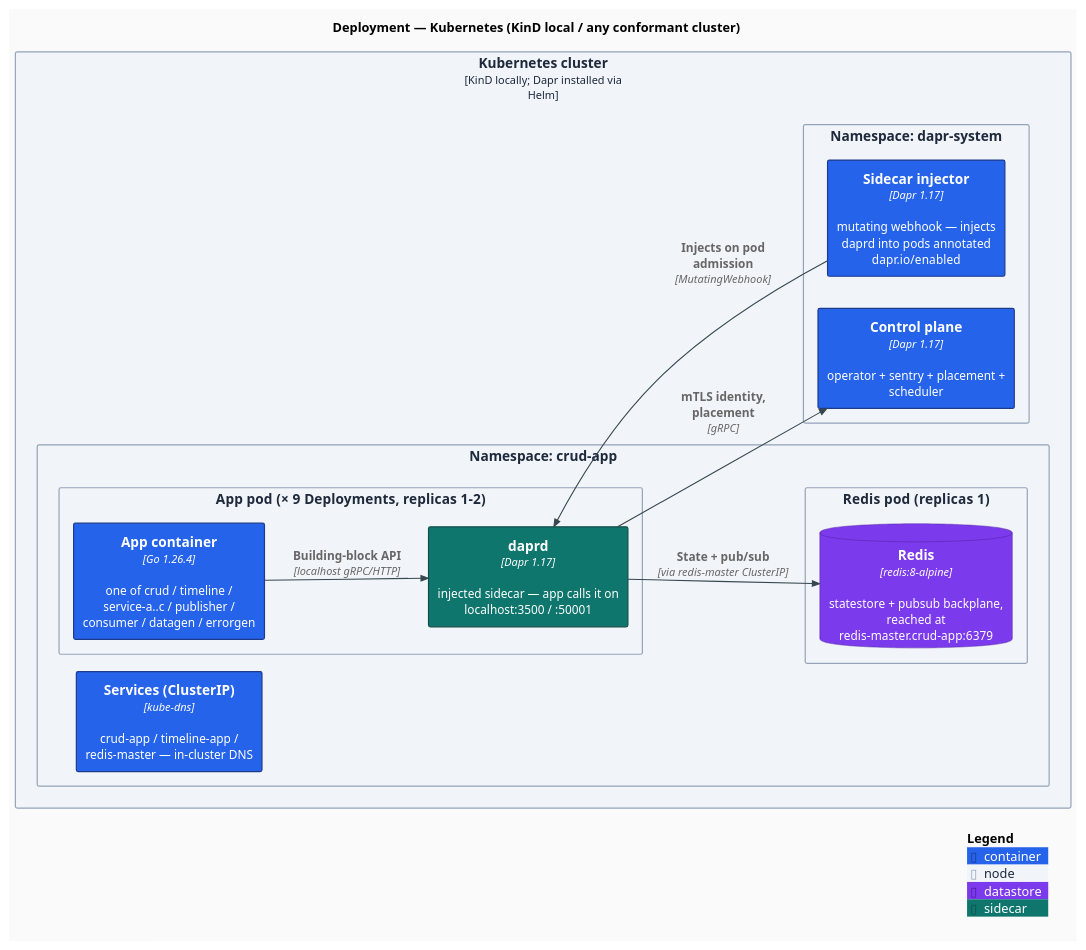
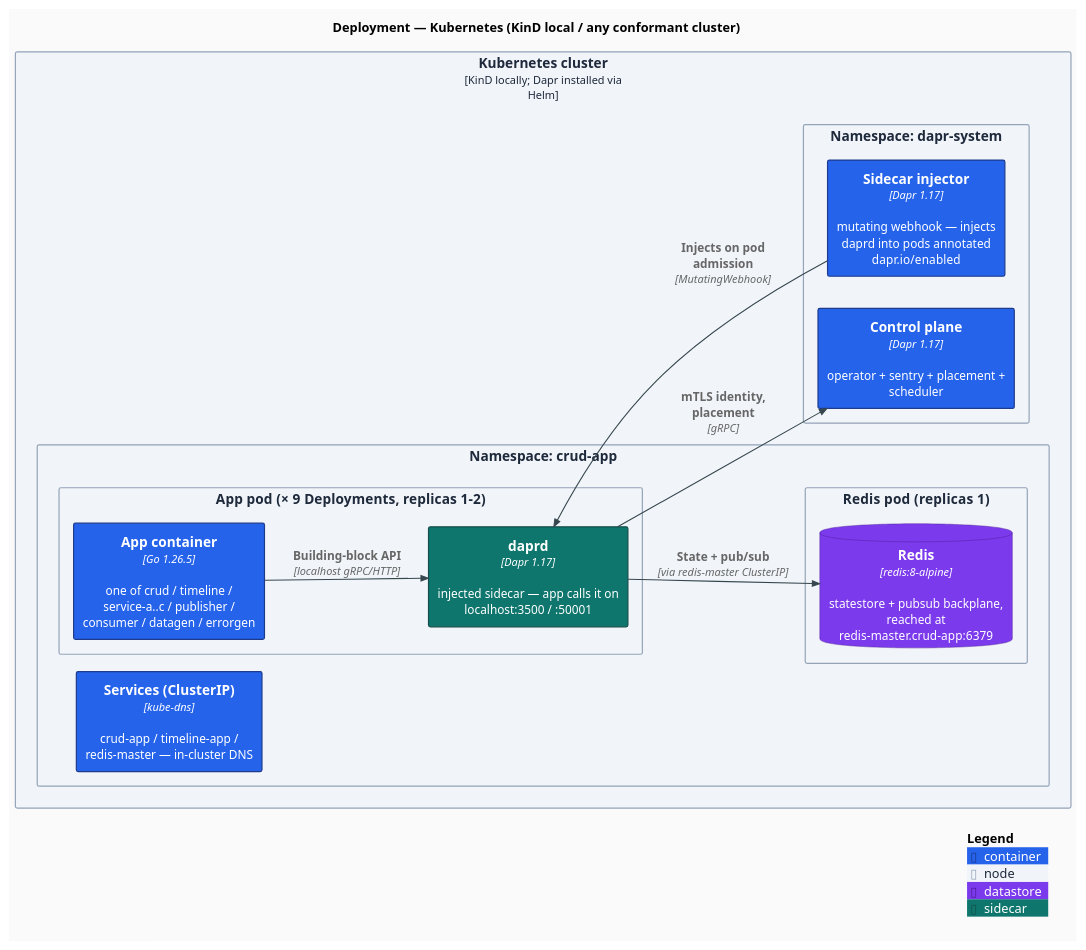
The diagram in docs/diagrams/c4-deployment.puml (AndriyKalashnykov/dapr-go-crud-app), drawn with PlantUML before and after one commit. The commit also changed 25 other files, not shown here.

```diff
--- a/docs/diagrams/c4-deployment.puml
+++ b/docs/diagrams/c4-deployment.puml
@@ -1,50 +1,50 @@
 @startuml c4-deployment
 ' Vendored C4-PlantUML (see docs/diagrams/C4-PlantUML/); -DRELATIVE_INCLUDE=. makes
 ' the stdlib's internal includes resolve locally (no network fetch at render time).
 !include C4-PlantUML/C4_Deployment.puml
 
 LAYOUT_LEFT_RIGHT()
 
 ' Modern flat styling: no shadows, sharp corners, clean sans-serif, modern palette.
 skinparam backgroundColor #FAFAFA
 skinparam shadowing false
 skinparam roundCorner 4
 skinparam defaultFontName "Inter, Helvetica, Arial, sans-serif"
 skinparam defaultFontSize 13
 skinparam ArrowColor #37474F
 skinparam ArrowThickness 1.2
 skinparam rectangleBorderThickness 1.3
 
 UpdateElementStyle("container", $fontColor="#FFFFFF", $bgColor="#2563EB", $borderColor="#1E3A8A")
 UpdateElementStyle("node",      $bgColor="#F1F5F9", $borderColor="#94A3B8", $fontColor="#1E293B")
 AddElementTag("datastore", $fontColor="#FFFFFF", $bgColor="#7C3AED", $borderColor="#4C1D95")
 AddElementTag("sidecar",   $fontColor="#FFFFFF", $bgColor="#0F766E", $borderColor="#134E4A")
 
 title Deployment — Kubernetes (KinD local / any conformant cluster)
 
 Deployment_Node(k8s, "Kubernetes cluster", "KinD locally; Dapr installed via Helm") {
 
   Deployment_Node(ns_app, "Namespace: crud-app") {
     Deployment_Node(pod, "App pod  (× 9 Deployments, replicas 1-2)") {
-      Container(app, "App container", "Go 1.26.4", "one of crud / timeline / service-a..c / publisher / consumer / datagen / errorgen")
+      Container(app, "App container", "Go 1.26.5", "one of crud / timeline / service-a..c / publisher / consumer / datagen / errorgen")
       Container(sidecar, "daprd", "Dapr 1.17", "injected sidecar — app calls it on localhost:3500 / :50001", $tags="sidecar")
     }
     Deployment_Node(redispod, "Redis pod  (replicas 1)") {
       ContainerDb(redis, "Redis", "redis:8-alpine", "statestore + pubsub backplane, reached at redis-master.crud-app:6379", $tags="datastore")
     }
     Container(svc, "Services (ClusterIP)", "kube-dns", "crud-app / timeline-app / redis-master — in-cluster DNS")
   }
 
   Deployment_Node(ns_dapr, "Namespace: dapr-system") {
     Container(injector, "Sidecar injector", "Dapr 1.17", "mutating webhook — injects daprd into pods annotated dapr.io/enabled")
     Container(cp, "Control plane", "Dapr 1.17", "operator + sentry + placement + scheduler")
   }
 }
 
 Rel(injector, sidecar, "Injects on pod admission", "MutatingWebhook")
 Rel(app, sidecar, "Building-block API", "localhost gRPC/HTTP")
 Rel(sidecar, redis, "State + pub/sub", "via redis-master ClusterIP")
 Rel(sidecar, cp, "mTLS identity, placement", "gRPC")
 
 SHOW_LEGEND()
 @enduml
```
